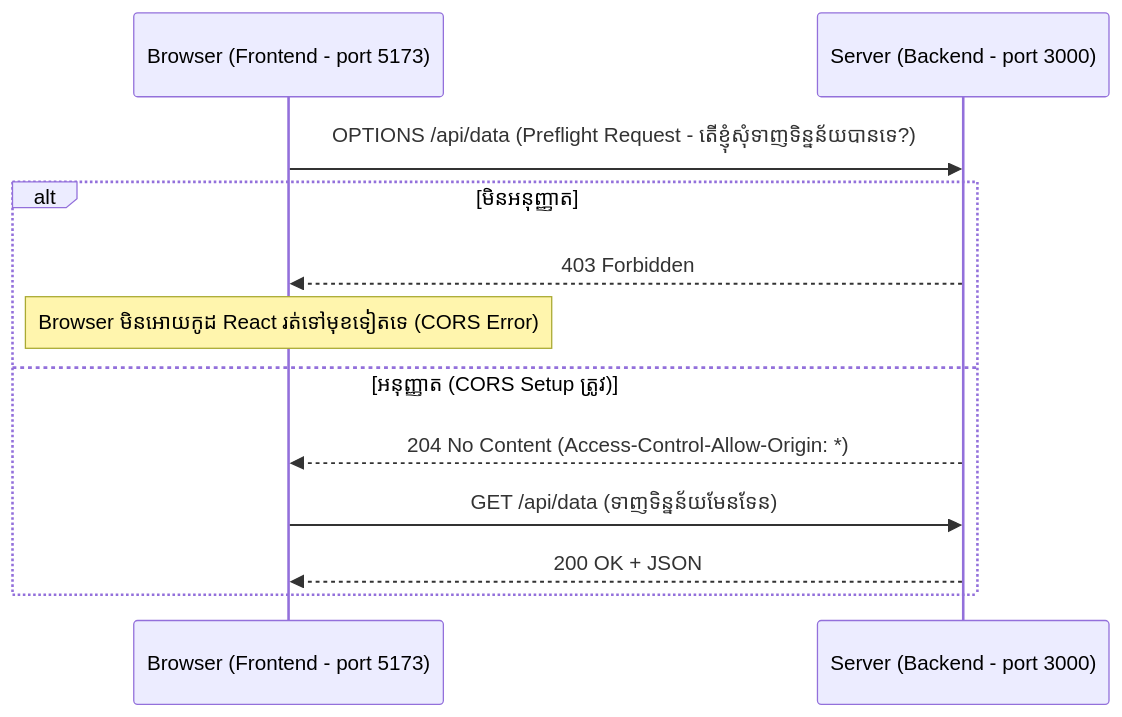
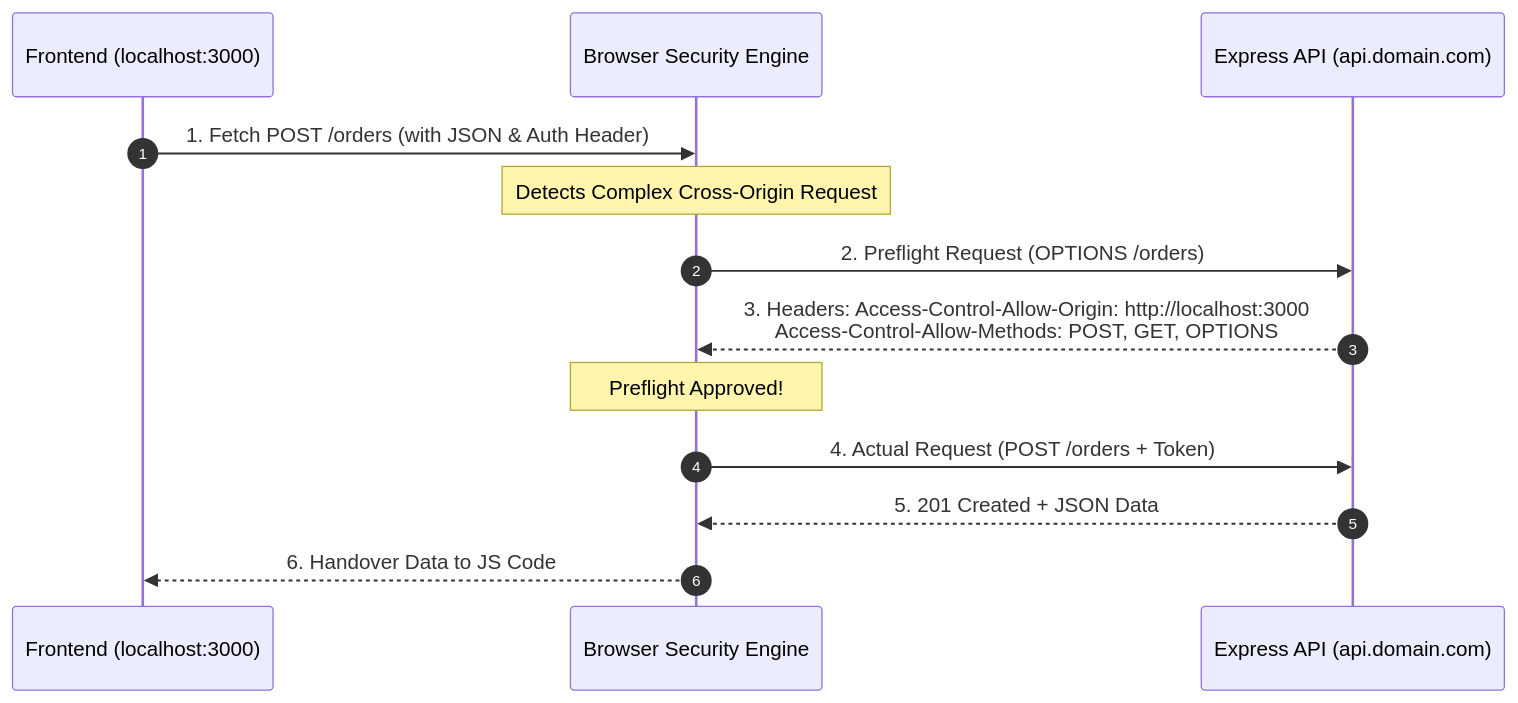
Before and after one commit to Ari-ICU/full-stack-short-coures: the diagram in src/courses/backend/module-6-security/02-cors.mdx, drawn with Mermaid. The commit also changed other lines of this file and 47 other files, not shown here.

Commit message:
refactor: rename backend-architecture directory to backend and update path references across all course modules

````diff
--- a/src/courses/backend/module-6-security/02-cors.mdx
+++ b/src/courses/backend/module-6-security/02-cors.mdx
@@ -13,15 +28,16 @@
 ```mermaid
 sequenceDiagram
-    participant B as Browser (Frontend - port 5173)
-    participant S as Server (Backend - port 3000)
-    
-    B->>S: OPTIONS /api/data (Preflight Request - តើខ្ញុំសុំទាញទិន្នន័យបានទេ?)
-    alt មិនអនុញ្ញាត
-        S-->>B: 403 Forbidden
-        Note over B: Browser មិនអោយកូដ React រត់ទៅមុខទៀតទេ (CORS Error)
-    else អនុញ្ញាត (CORS Setup ត្រូវ)
-        S-->>B: 204 No Content (Access-Control-Allow-Origin: *)
-        B->>S: GET /api/data (ទាញទិន្នន័យមែនទែន)
-        S-->>B: 200 OK + JSON
-    end
+    autonumber
+    participant React as Frontend (localhost:3000)
+    participant Browser as Browser Security Engine
+    participant API as Express API (api.domain.com)
+
+    React->>Browser: 1. Fetch POST /orders (with JSON & Auth Header)
+    Note over Browser: Detects Complex Cross-Origin Request
+    Browser->>API: 2. Preflight Request (OPTIONS /orders)
+    API-->>Browser: 3. Headers: Access-Control-Allow-Origin: http://localhost:3000<br/>Access-Control-Allow-Methods: POST, GET, OPTIONS
+    Note over Browser: Preflight Approved!
+    Browser->>API: 4. Actual Request (POST /orders + Token)
+    API-->>Browser: 5. 201 Created + JSON Data
+    Browser-->>React: 6. Handover Data to JS Code
 ```
````
